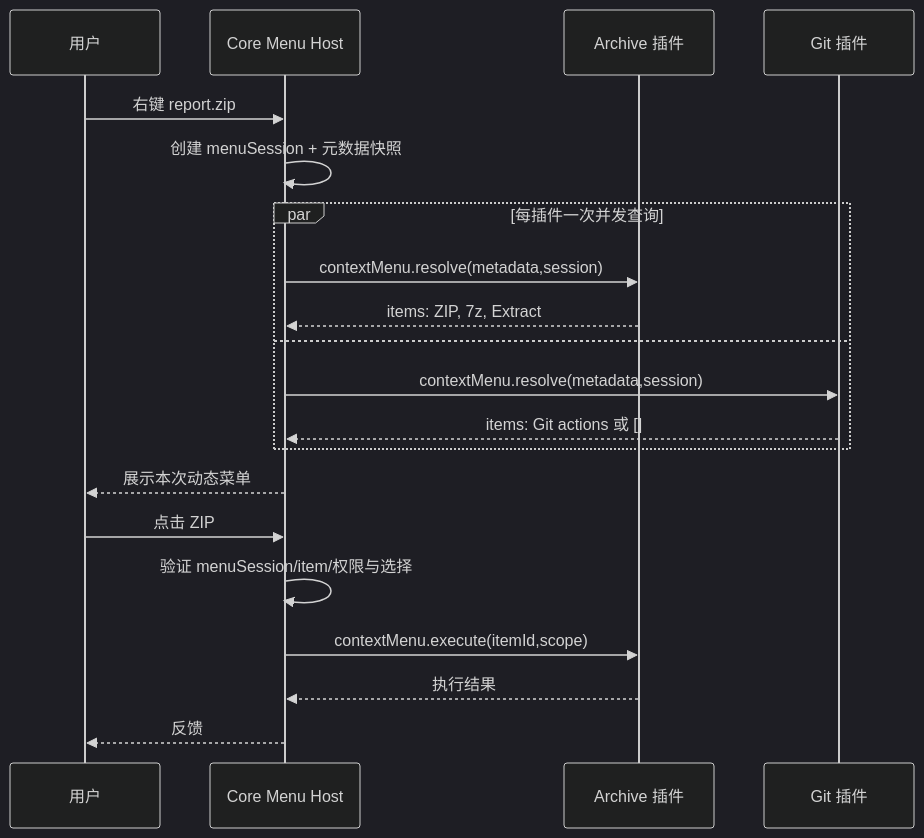
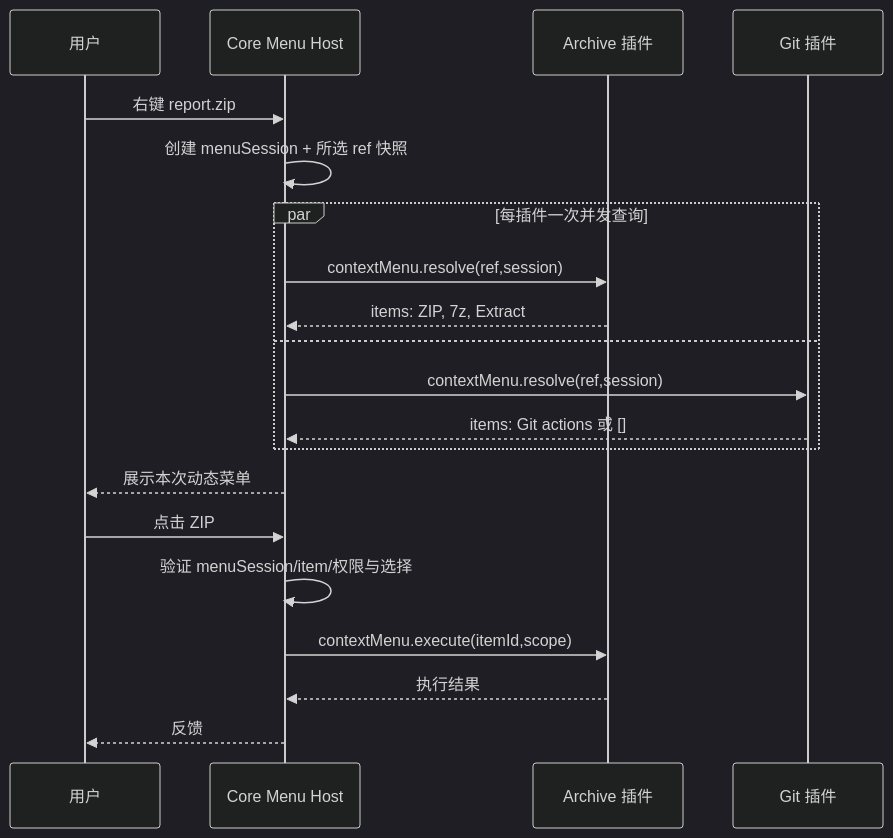
Before and after one commit to kevinhuang001/fiex: the second of 3 diagrams in docs/plugins/02-MANIFEST-EXTENSIONS.md, drawn with Mermaid (dark theme). The commit also changed other lines of this file and 10 other files, not shown here.

Commit message:
docs: unify plugin event and scoped resource request flow

````diff
--- a/docs/plugins/02-MANIFEST-EXTENSIONS.md
+++ b/docs/plugins/02-MANIFEST-EXTENSIONS.md
@@ -310,22 +286,22 @@
 ```mermaid
 sequenceDiagram
   participant U as 用户
   participant C as Core Menu Host
   participant A as Archive 插件
   participant G as Git 插件
   U->>C: 右键 report.zip
-  C->>C: 创建 menuSession + 元数据快照
+  C->>C: 创建 menuSession + 所选 ref 快照
   par 每插件一次并发查询
-    C->>A: contextMenu.resolve(metadata,session)
+    C->>A: contextMenu.resolve(ref,session)
     A-->>C: items: ZIP, 7z, Extract
   and
-    C->>G: contextMenu.resolve(metadata,session)
+    C->>G: contextMenu.resolve(ref,session)
     G-->>C: items: Git actions 或 []
   end
   C-->>U: 展示本次动态菜单
   U->>C: 点击 ZIP
   C->>C: 验证 menuSession/item/权限与选择
   C->>A: contextMenu.execute(itemId,scope)
   A-->>C: 执行结果
   C-->>U: 反馈
 ```
````
